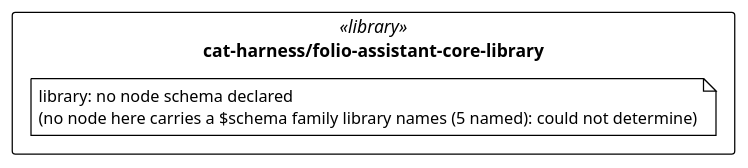
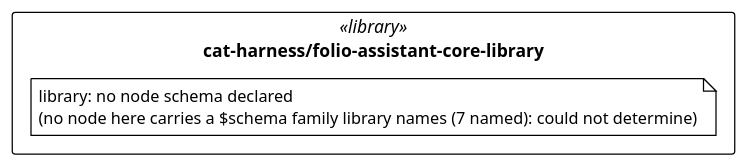
Before and after one commit to litlfred/folio-assistant: the diagram in cat-harness/uml/overview/cat-harness/folio-assistant-core-library.puml, drawn with PlantUML. The commit also changed 174 other files, not shown here.

```diff
--- a/cat-harness/uml/overview/cat-harness/folio-assistant-core-library.puml
+++ b/cat-harness/uml/overview/cat-harness/folio-assistant-core-library.puml
@@ -3,13 +3,13 @@
 @startuml cat_harness_folio_assistant_core_library
 !pragma layout elk
 !theme plain
 skinparam classAttributeIconSize 0
 skinparam shadowing false
 skinparam packageStyle rectangle
 hide empty methods
 
 package "cat-harness/folio-assistant-core-library" as pkg_cat_harness_folio_assistant_core_library <<library>> {
-  note "library: no node schema declared\n(no node here carries a $schema family library names (5 named): could not determine)" as n_cat_harness_folio_assistant_core_library_library
+  note "library: no node schema declared\n(no node here carries a $schema family library names (7 named): could not determine)" as n_cat_harness_folio_assistant_core_library_library
 }
 
 @enduml
```
